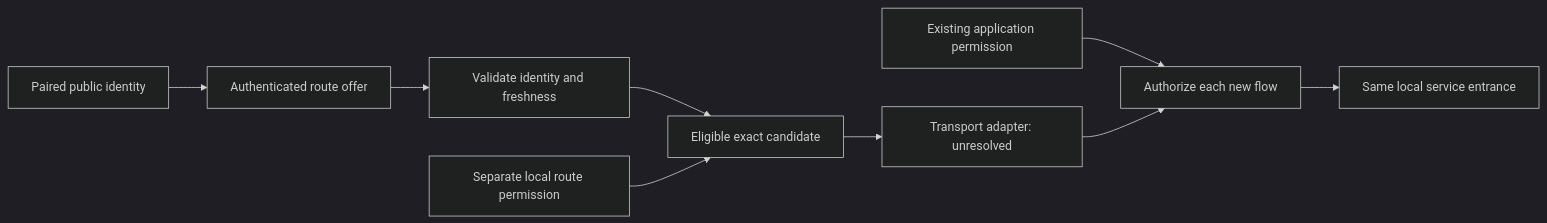
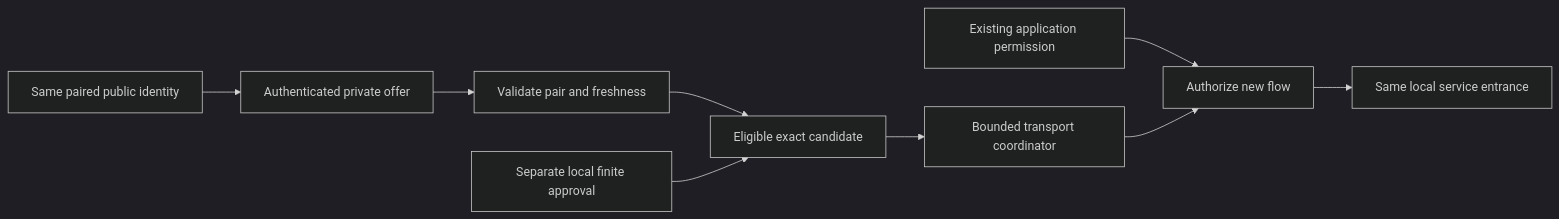
Before and after one commit to webkaz-labs/sobalink: the diagram in docs/ROUTE_RECOVERY_DESIGN.en.md, drawn with Mermaid (dark theme). The commit also changed other lines of this file and 21 other files, not shown here.

````diff
--- a/docs/ROUTE_RECOVERY_DESIGN.en.md
+++ b/docs/ROUTE_RECOVERY_DESIGN.en.md
@@ -44,11 +11,11 @@
 ```mermaid
 flowchart LR
-    P[Paired public identity] --> O[Authenticated route offer]
-    O --> V[Validate identity and freshness]
+    P[Same paired public identity] --> O[Authenticated private offer]
+    O --> V[Validate pair and freshness]
     V --> E[Eligible exact candidate]
-    L[Separate local route permission] --> E
-    E --> T[Transport adapter: unresolved]
-    A[Existing application permission] --> G[Authorize each new flow]
+    L[Separate local finite approval] --> E
+    E --> T[Bounded transport coordinator]
+    A[Existing application permission] --> G[Authorize new flow]
     T --> G
     G --> S[Same local service entrance]
 ```
````
